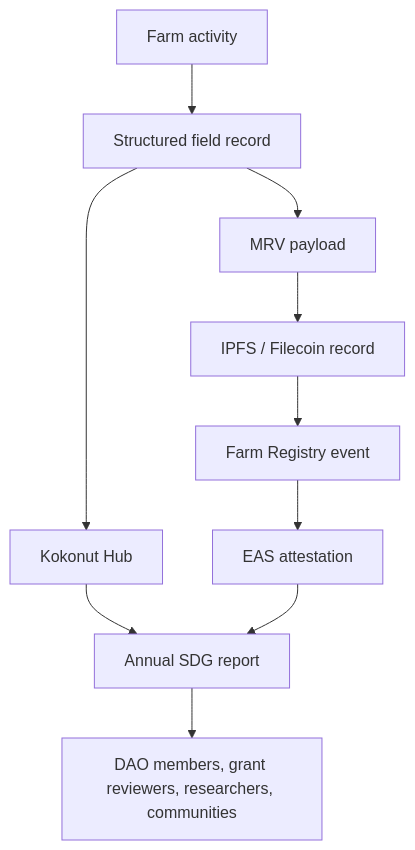
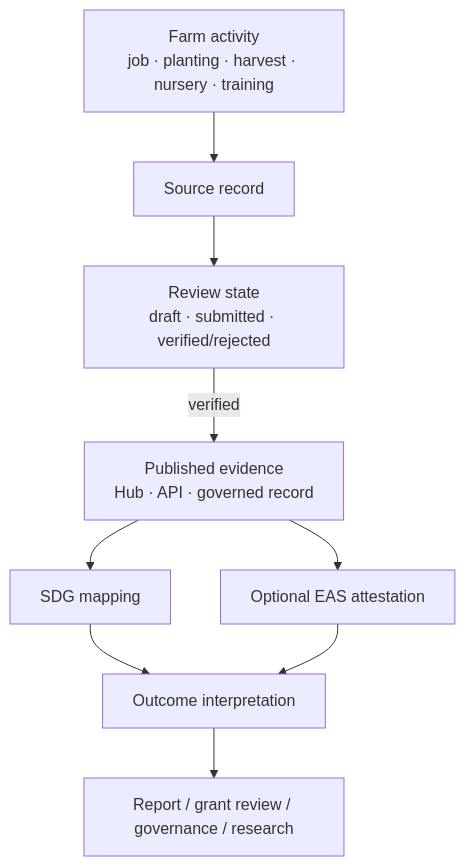
Before and after one commit to wasalo/Kokonut-Public-Site: the second of 3 diagrams in ecosystem-wiki/kokonut-farms/adelphi/sustainable-development-goals.mdx, drawn with Mermaid. The commit also changed other lines of this file, not shown here.

Commit message:
docs(kokonut-farms): improve Adelphi SDG evidence map

````diff
--- a/ecosystem-wiki/kokonut-farms/adelphi/sustainable-development-goals.mdx
+++ b/ecosystem-wiki/kokonut-farms/adelphi/sustainable-development-goals.mdx
@@ -79,12 +81,12 @@
 ```mermaid
 flowchart TD
-    A["Farm activity"] --> B["Structured field record"]
-    B --> C["Kokonut Hub"]
-    B --> D["MRV payload"]
-    D --> E["IPFS / Filecoin record"]
-    E --> F["Farm Registry event"]
-    F --> G["EAS attestation"]
-    C --> H["Annual SDG report"]
-    G --> H
-    H --> I["DAO members, grant reviewers, researchers, communities"]
+    A["Farm activity<br/>job · planting · harvest · nursery · training"] --> B["Source record"]
+    B --> C["Review state<br/>draft · submitted · verified/rejected"]
+    C -->|verified| D["Published evidence<br/>Hub · API · governed record"]
+    D --> E["SDG mapping"]
+    E --> F["Outcome interpretation"]
+    F --> G["Report / grant review / governance / research"]
+
+    D --> H["Optional EAS attestation"]
+    H --> F
 ```
````
